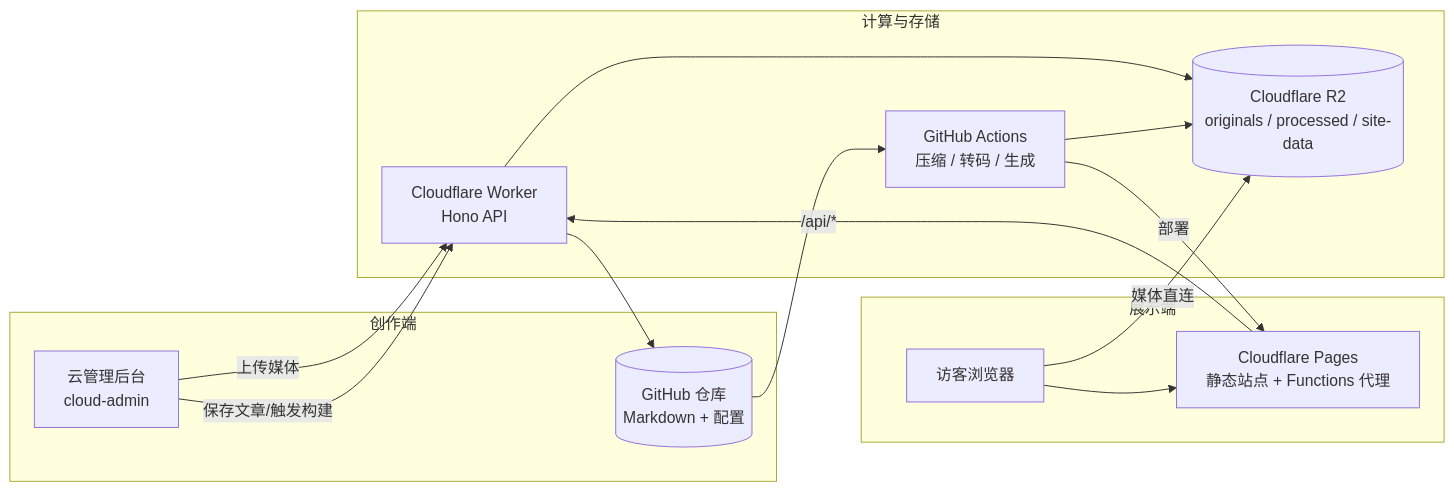
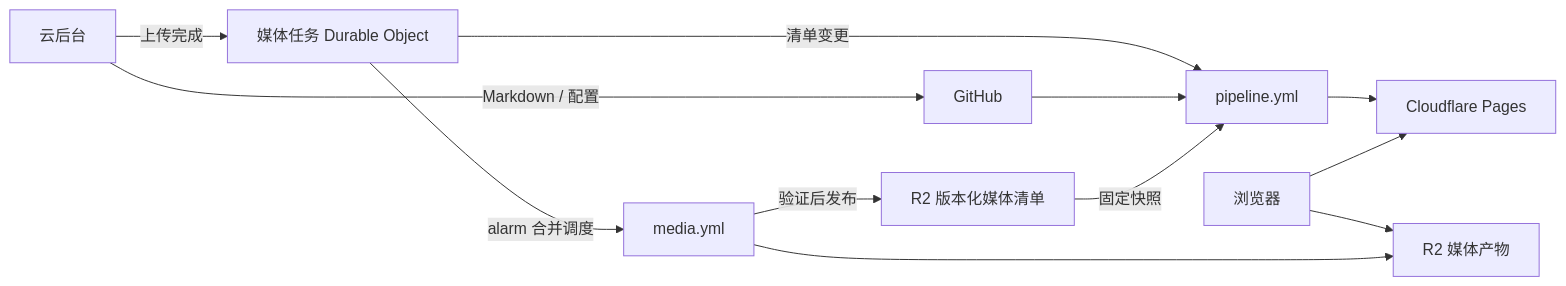
The diagram in README.md (YupenBob/mosaic), drawn with Mermaid before and after one commit. The commit also changed other lines of this file and 15 other files, not shown here.

````diff
--- a/README.md
+++ b/README.md
@@ -77,29 +77,14 @@
 ```mermaid
 flowchart LR
-    subgraph 创作端
-      ADMIN[云管理后台<br/>cloud-admin]
-      GIT[(GitHub 仓库<br/>Markdown + 配置)]
-    end
-
-    subgraph 计算与存储
-      ACTIONS[GitHub Actions<br/>压缩 / 转码 / 生成]
-      R2[(Cloudflare R2<br/>originals / processed / site-data)]
-      WORKER[Cloudflare Worker<br/>Hono API]
-    end
-
-    subgraph 展示端
-      PAGES[Cloudflare Pages<br/>静态站点 + Functions 代理]
-      SITE[访客浏览器]
-    end
-
-    ADMIN -->|上传媒体| WORKER
-    WORKER --> R2
-    ADMIN -->|保存文章/触发构建| WORKER
-    WORKER --> GIT
-    GIT --> ACTIONS
-    ACTIONS --> R2
-    ACTIONS -->|部署| PAGES
-    SITE --> PAGES
-    SITE -->|媒体直连| R2
-    PAGES -->|/api/*| WORKER
+  ADMIN[云后台] -->|上传完成| JOBS[媒体任务 Durable Object]
+  ADMIN -->|Markdown / 配置| GIT[GitHub]
+  JOBS -->|alarm 合并调度| MEDIA[media.yml]
+  MEDIA -->|验证后发布| MANIFEST[R2 版本化媒体清单]
+  JOBS -->|清单变更| SITE[pipeline.yml]
+  GIT --> SITE
+  MANIFEST -->|固定快照| SITE
+  SITE --> PAGES[Cloudflare Pages]
+  VISITOR[浏览器] --> PAGES
+  VISITOR --> R2[R2 媒体产物]
+  MEDIA --> R2
 ```
````
